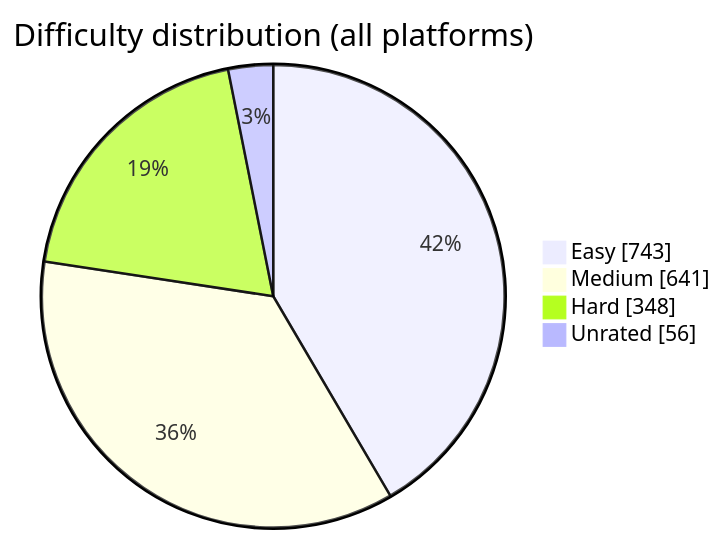
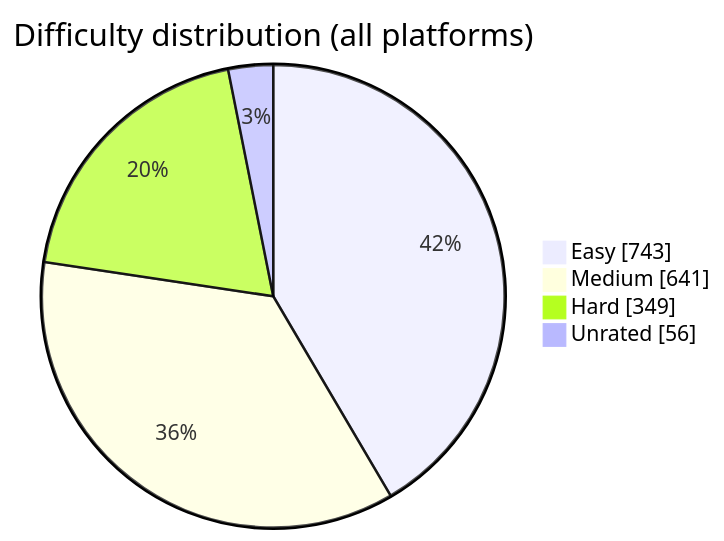
The diagram in README.md (BuildbyArindam/Daily-Coding-Log), drawn with Mermaid before and after one commit. The commit also changed other lines of this file, not shown here.

````diff
--- a/README.md
+++ b/README.md
@@ -108,7 +108,7 @@
 ```mermaid
 pie showData title Difficulty distribution (all platforms)
     "Easy" : 743
     "Medium" : 641
-    "Hard" : 348
+    "Hard" : 349
     "Unrated" : 56
 ```
````
